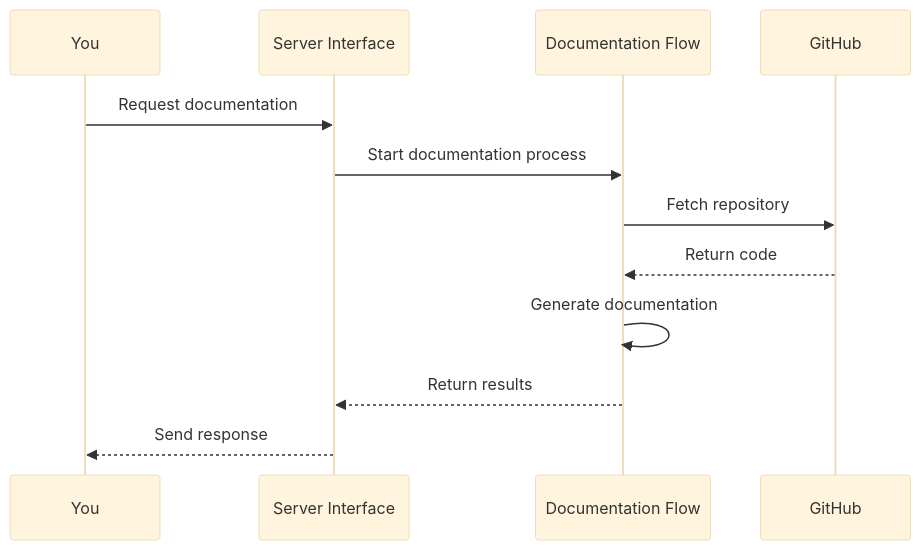
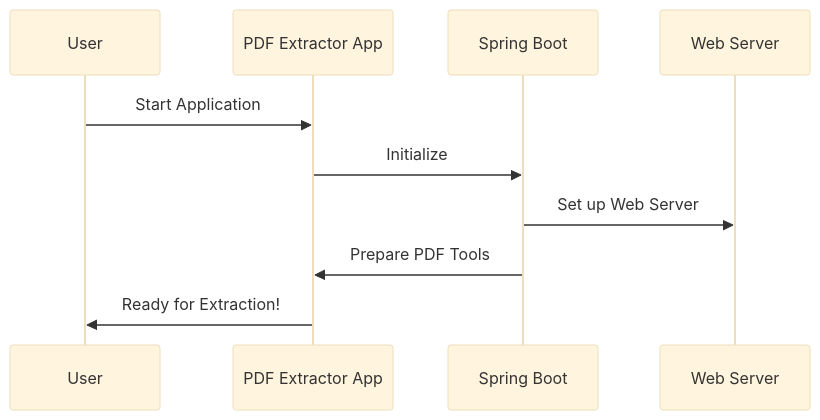
The second of 7 diagrams in README.md (dygavieta/NewRepo), drawn with Mermaid (base theme) before and after one commit. The commit also changed other lines of this file, not shown here.

````diff
--- a/README.md
+++ b/README.md
@@ -196,15 +92,12 @@
 ```mermaid
 sequenceDiagram
-    participant User as You
-    participant SI as Server Interface
-    participant DF as Documentation Flow
-    participant GH as GitHub
-
-    User->>SI: Request documentation
-    SI->>DF: Start documentation process
-    DF->>GH: Fetch repository
-    GH-->>DF: Return code
-    DF->>DF: Generate documentation
-    DF-->>SI: Return results
-    SI-->>User: Send response
+    participant User
+    participant App as PDF Extractor App
+    participant Spring as Spring Boot
+    participant Server as Web Server
+    User->>App: Start Application
+    App->>Spring: Initialize
+    Spring->>Server: Set up Web Server
+    Spring->>App: Prepare PDF Tools
+    App->>User: Ready for Extraction!
 ```
````
